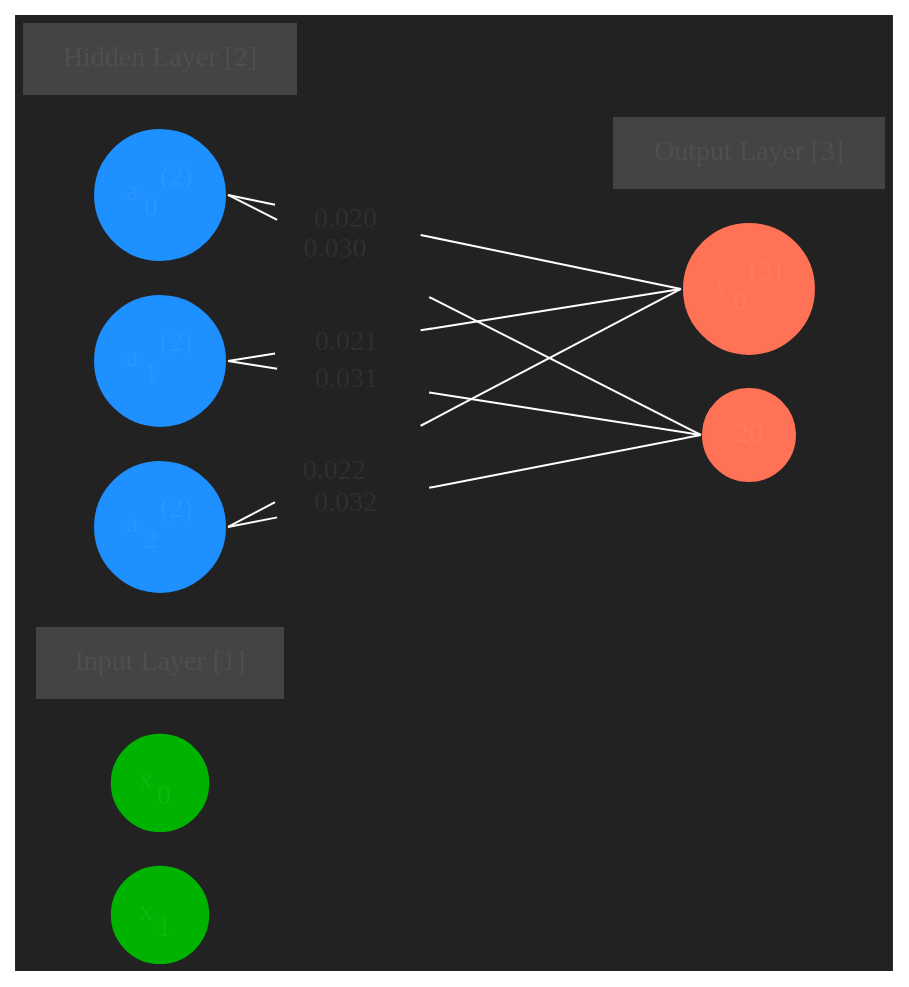
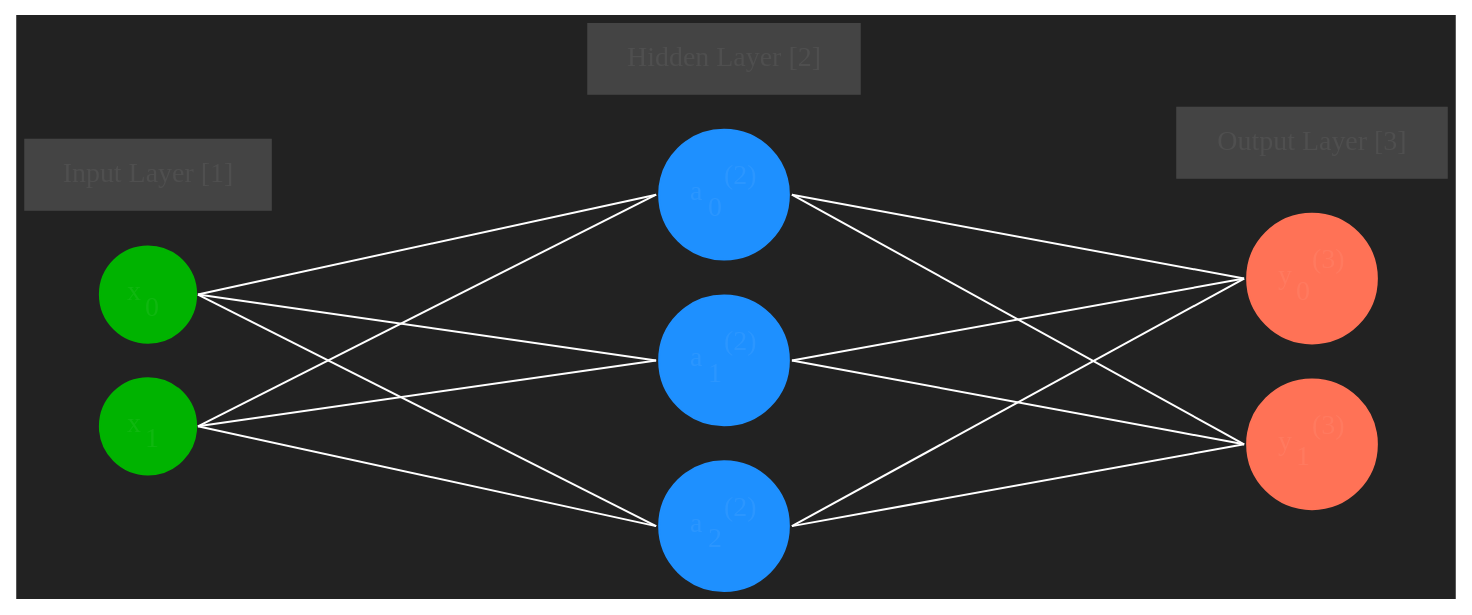
Before and after one commit to fjz345/zaoai: the diagram in zaoai_nn_layout.dot, drawn with Graphviz. The commit also changed 3 other files, not shown here.

```diff
--- a/zaoai_nn_layout.dot
+++ b/zaoai_nn_layout.dot
@@ -1,81 +1,70 @@
 digraph NNGraph {
         bgcolor="#222222"
         node [style=filled, fillcolor="#444444", fontcolor="#FFFFFFF", color = "#FFFFFF", shape="circle"]
         edge [fontcolor="#FFFFFFF", color = "#FFFFFF"]
         graph [fontcolor="#FFFFFFF", color = "#FFFFFF"]
 
         rankdir = LR;
         splines=false;
-        edge[style=invis dir=none];
+        edge[style=invis, dir=none];
         ranksep= 2.2;
         {
             node [shape=circle, color="#ffcc00", style=filled, fillcolor="#ffcc00"];
         }
         
         
         {
             node [shape=circle, color="#00b300", style=filled, fillcolor="#00b300"];
             // 1
             x0 [label=<x<sub>0 </sub>>];
 x1 [label=<x<sub>1 </sub>>];
 
         }
         
     {
         node [shape=circle, color=dodgerblue, style=filled, fillcolor=dodgerblue];
         //2
 a02 [label=<a<sub>0</sub><sup>(2)</sup>>];
 a12 [label=<a<sub>1</sub><sup>(2)</sup>>];
 a22 [label=<a<sub>2</sub><sup>(2)</sup>>];
 
     }
     
     {
         node [shape=circle, color=coral1, style=filled, fillcolor=coral1];
 
         //3
 y0 [label=<y<sub>0</sub><sup>(3)</sup>>];
 y1 [label=<y<sub>1</sub><sup>(3)</sup>>];
 
     }
     {
 rank=same;
 x0->x1;
 }
 {
 rank=same;
 a02->a12->a22;
 }
 {
 rank=same;
 y0->y1;
 }
 
     l0 [shape=plaintext, label="Input Layer [1]"];
     l0->x0;
     {rank=same; l0;x0};
     l1 [shape=plaintext, label="Hidden Layer [2]"];
 l1->a02
 {rank=same; l1;a02}
 
     l2 [shape=plaintext, label="Output Layer [3]"];
 l2->y0
 {rank=same; l2;y0};
 
     
     edge[style=solid, tailport=e, headport=w];
-
-    edge[labelangle=0, labelfloat = false, labeldistance = 6];
-    edge[color="white;0.2:#222222;0.25:white"]
-
-    a02->y0[taillabel="0.020"];
-    a12->y0[taillabel="0.021"];
-    a22->y0[taillabel="0.022"];
-
-    a02->y1[taillabel="0.030"];
-    a12->y1[taillabel="0.031"];
-    a22->y1[taillabel="0.032"];
-
-    y1[label = 20]
-
+    edge[labelangle=0, labelfloat = false, labeldistance = 8];
+    {x0; x1}->{a02;a12;a22};
+{a02;a12;a22}->{y0; y1}
     }
```
